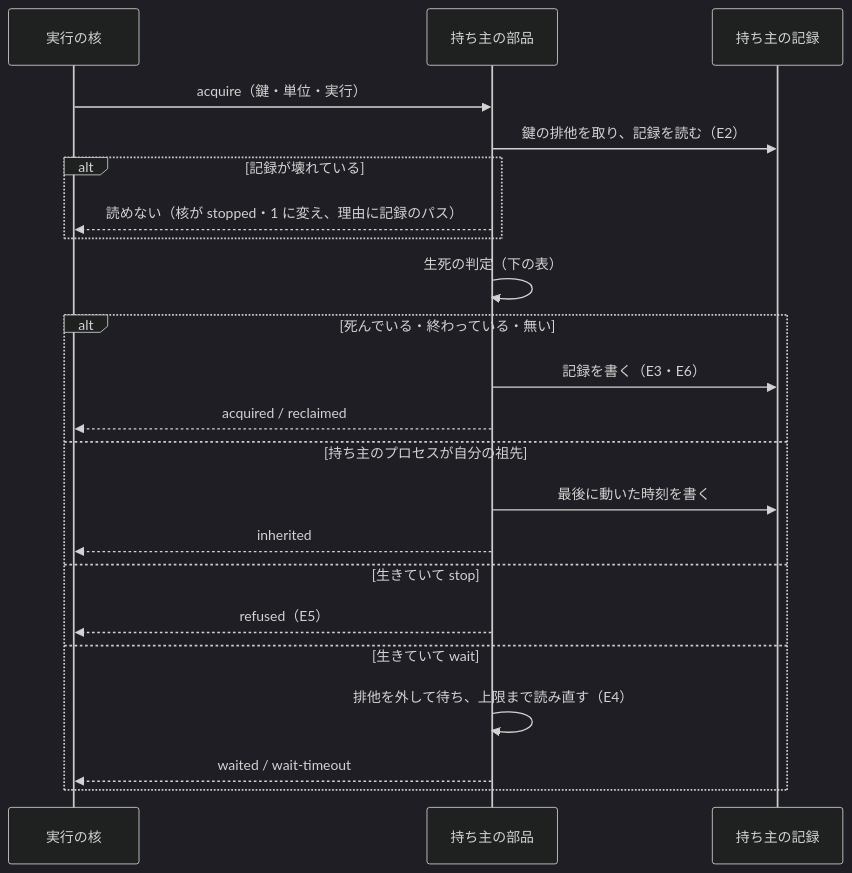
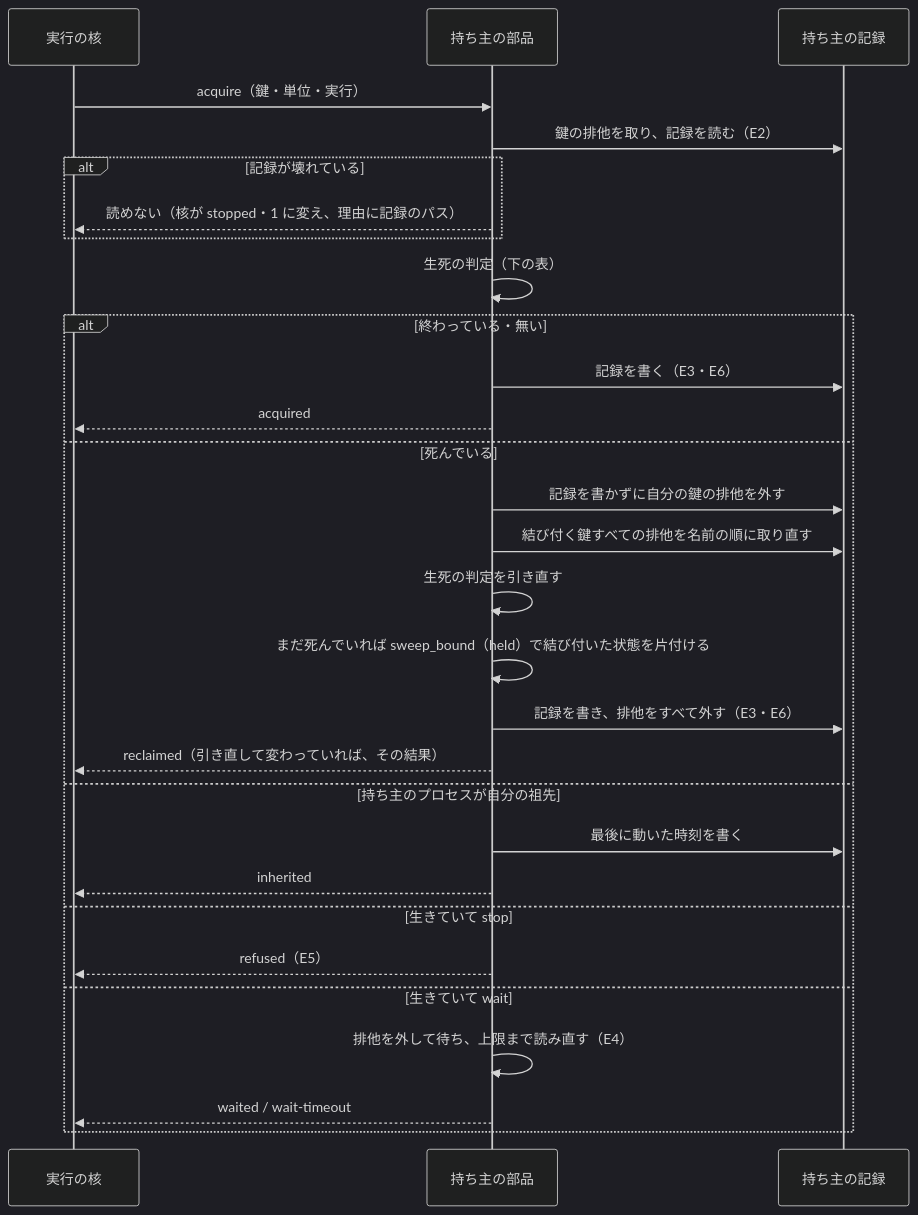
One commit to devbasex/ai-plugins changed the fourth of 7 diagrams in issues/issue-2342-design.md. Above: the diagram before and after it, drawn with Mermaid (dark theme). The commit also changed other lines of this file and 2 other files, not shown here.

Commit message:
Docs: #2342 の設計で見直しの持ち主の返し方・止まったときの戻し方・再取得の図を揃える
- 契約の前提 3 で upkeep.py owner release に release: true を付け、決定 15 を合わせる
- 止まったときの案内から kill を外し、pid を添えて人へ戻す形にする
- depths.owner.ttl を設定・確定仕様から外す移行と、apply の判定を持ち主の部品へ移すことを書く
- 取得の図の reclaimed を分岐に分け、排他の順序の規則を両立する文に直す

````diff
--- a/issues/issue-2342-design.md
+++ b/issues/issue-2342-design.md
@@ -317,24 +318,31 @@
 ```mermaid
 sequenceDiagram
     participant K as 実行の核
     participant L as 持ち主の部品
     participant F as 持ち主の記録
     K->>L: acquire（鍵・単位・実行）
     L->>F: 鍵の排他を取り、記録を読む（E2）
     alt 記録が壊れている
         L-->>K: 読めない（核が stopped・1 に変え、理由に記録のパス）
     end
     L->>L: 生死の判定（下の表）
-    alt 死んでいる・終わっている・無い
+    alt 終わっている・無い
         L->>F: 記録を書く（E3・E6）
-        L-->>K: acquired / reclaimed
+        L-->>K: acquired
+    else 死んでいる
+        L->>F: 記録を書かずに自分の鍵の排他を外す
+        L->>F: 結び付く鍵すべての排他を名前の順に取り直す
+        L->>L: 生死の判定を引き直す
+        L->>L: まだ死んでいれば sweep_bound（held）で結び付いた状態を片付ける
+        L->>F: 記録を書き、排他をすべて外す（E3・E6）
+        L-->>K: reclaimed（引き直して変わっていれば、その結果）
     else 持ち主のプロセスが自分の祖先
         L->>F: 最後に動いた時刻を書く
         L-->>K: inherited
     else 生きていて stop
         L-->>K: refused（E5）
     else 生きていて wait
         L->>L: 排他を外して待ち、上限まで読み直す（E4）
         L-->>K: waited / wait-timeout
     end
 ```
````
